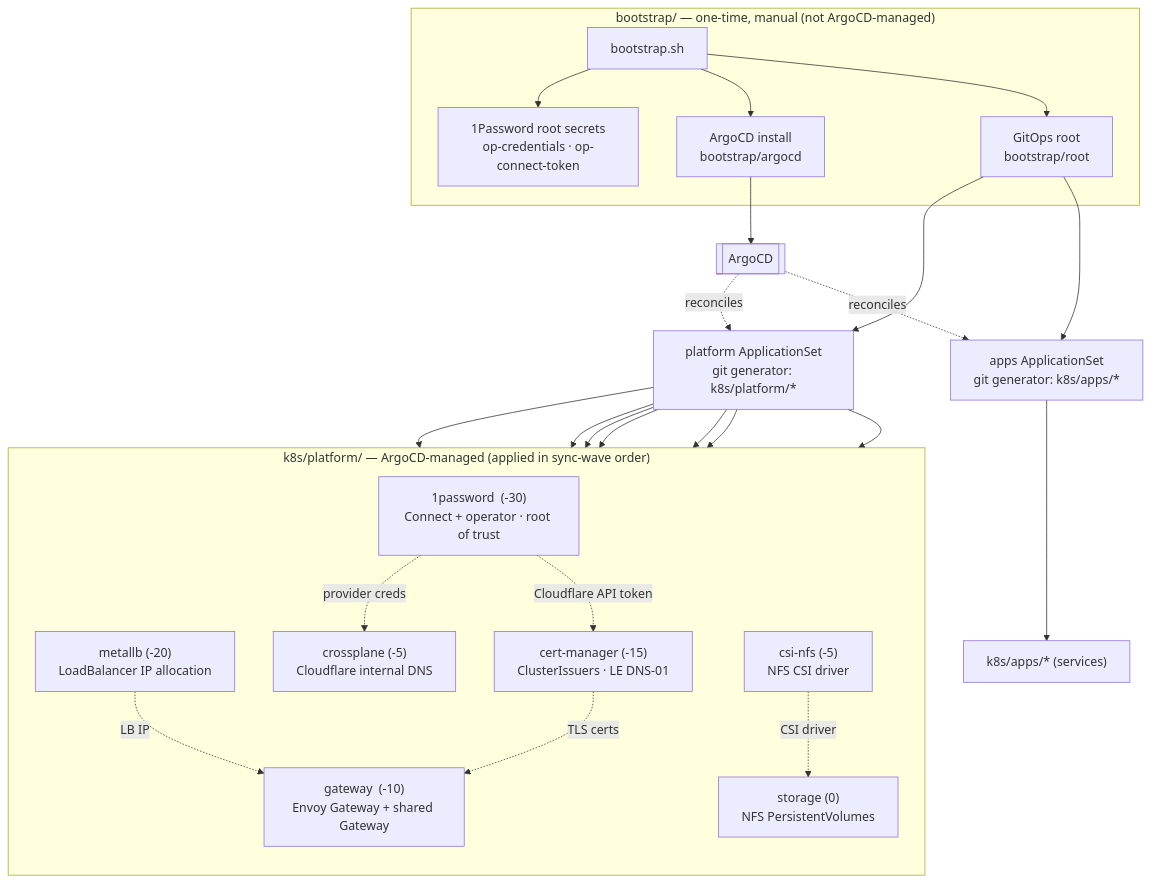
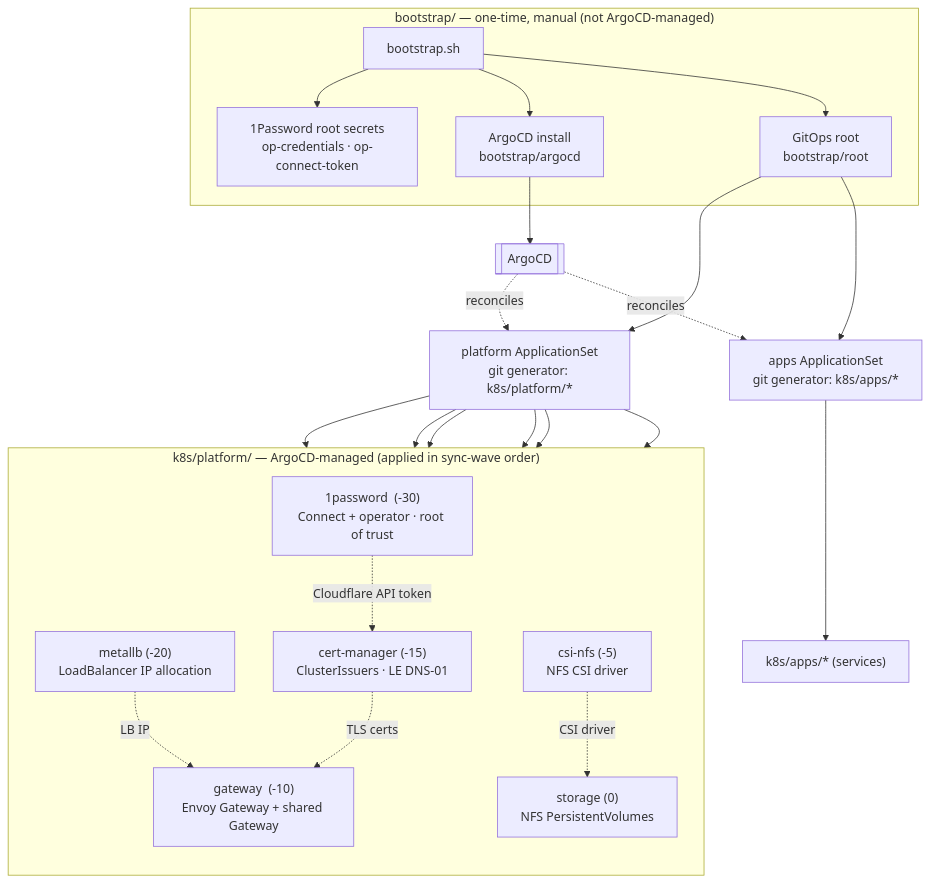
The diagram in README.md (colinbruner/homelab-k8s), drawn with Mermaid before and after one commit. The commit also changed other lines of this file and 12 other files, not shown here.

````diff
--- a/README.md
+++ b/README.md
@@ -12,39 +12,37 @@
 ```mermaid
 flowchart TD
     %% Bootstrap — one-time, manual (NOT ArgoCD-managed)
     subgraph bootstrap["bootstrap/ — one-time, manual (not ArgoCD-managed)"]
         sh["bootstrap.sh"]
         op_root["1Password root secrets<br/>op-credentials · op-connect-token"]
         argocd_install["ArgoCD install<br/>bootstrap/argocd"]
         root["GitOps root<br/>bootstrap/root"]
         sh --> op_root & argocd_install & root
     end
 
     argocd_install --> argocd[["ArgoCD"]]
     root --> platformset["platform ApplicationSet<br/>git generator: k8s/platform/*"]
     root --> appsset["apps ApplicationSet<br/>git generator: k8s/apps/*"]
     argocd -.->|reconciles| platformset
     argocd -.->|reconciles| appsset
 
     %% Platform — ArgoCD-managed, sync-wave ordered
     subgraph platform["k8s/platform/ — ArgoCD-managed (applied in sync-wave order)"]
         direction TB
         p1["1password  (-30)<br/>Connect + operator · root of trust"]
         p2["metallb  (-20)<br/>LoadBalancer IP allocation"]
         p3["cert-manager  (-15)<br/>ClusterIssuers · LE DNS-01"]
         p4["gateway  (-10)<br/>Envoy Gateway + shared Gateway"]
-        p5["crossplane  (-5)<br/>Cloudflare internal DNS"]
         p6["csi-nfs  (-5)<br/>NFS CSI driver"]
         p7["storage  (0)<br/>NFS PersistentVolumes"]
     end
 
-    platformset --> p1 & p2 & p3 & p4 & p5 & p6 & p7
+    platformset --> p1 & p2 & p3 & p4 & p6 & p7
     appsset --> apps["k8s/apps/* (services)"]
 
     %% Cross-dependencies (what consumes what)
     p1 -.->|Cloudflare API token| p3
-    p1 -.->|provider creds| p5
     p2 -.->|LB IP| p4
     p3 -.->|TLS certs| p4
     p6 -.->|CSI driver| p7
 ```
````
